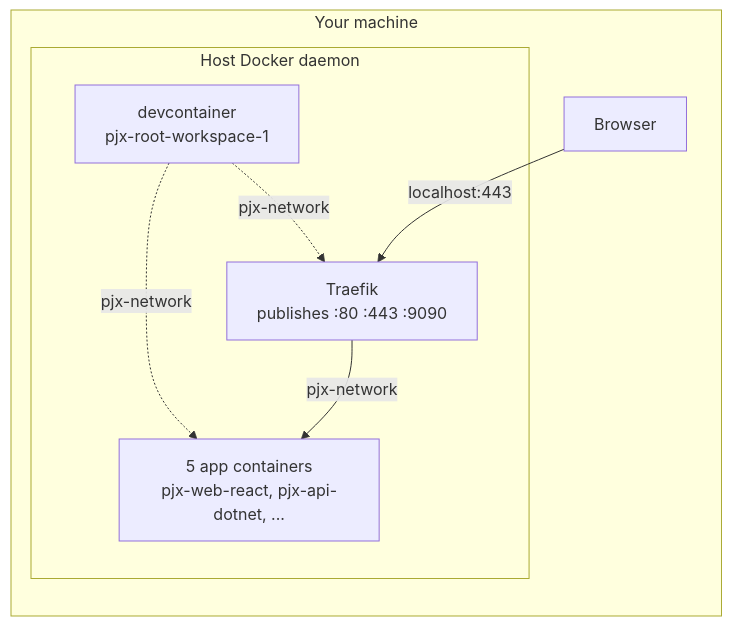
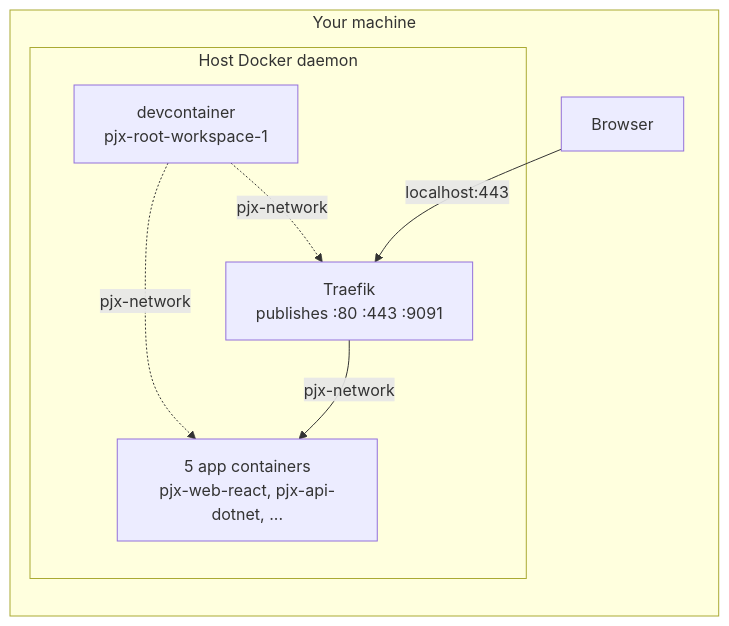
Before and after one commit to mikelau13/pjx-root: the first of 6 diagrams in docs/reference/request-flow.md, drawn with Mermaid. The commit also changed other lines of this file and 11 other files, not shown here.

````diff
--- a/docs/reference/request-flow.md
+++ b/docs/reference/request-flow.md
@@ -20,15 +20,15 @@
 ```mermaid
 flowchart LR
     subgraph host["Your machine"]
         browser["Browser"]
         subgraph daemon["Host Docker daemon"]
             dev["devcontainer<br/>pjx-root-workspace-1"]
-            traefik["Traefik<br/>publishes :80 :443 :9090"]
+            traefik["Traefik<br/>publishes :80 :443 :9091"]
             apps["5 app containers<br/>pjx-web-react, pjx-api-dotnet, ..."]
         end
     end
     browser -->|"localhost:443"| traefik
     dev -.->|"pjx-network"| apps
     dev -.->|"pjx-network"| traefik
     traefik -->|"pjx-network"| apps
 ```
````
